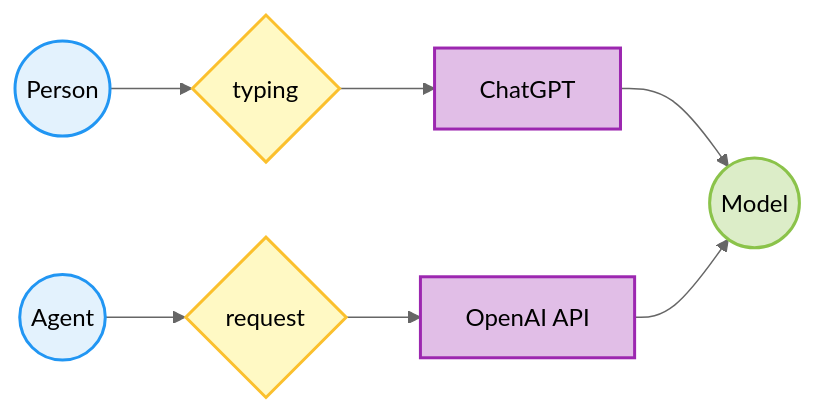
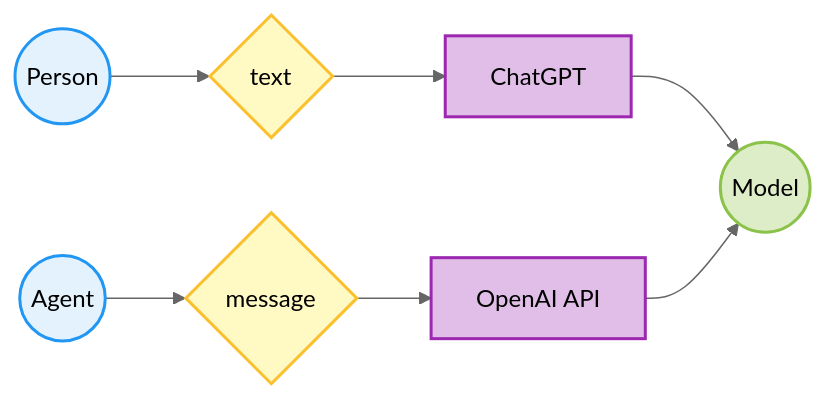
One commit to GPTmini/from-llm-to-agent changed the diagram in mermaid-scripts/api.mmd. Above: the diagram before and after it, drawn with Mermaid (neutral theme). The commit also changed 1 other file, not shown here.

```diff
--- a/mermaid-scripts/api.mmd
+++ b/mermaid-scripts/api.mmd
@@ -1,10 +1,10 @@
 flowchart LR
     classDef in fill:#E3F2FD,stroke:#2196F3,stroke-width:2px;
     classDef model fill:#FFF9C4,stroke:#FBC02D,stroke-width:2px;
     classDef data fill:#E1BEE7,stroke:#9C27B0,stroke-width:2px;
     classDef test fill:#F8BBD0,stroke:#E91E63,stroke-width:2px;
     classDef out fill:#DCEDC8,stroke:#8BC34A,stroke-width:2px;
     classDef skip stroke:#B0BEC5,stroke-width:2px,stroke-dasharray: 5 5;
 
-    P((Person)):::in --> T{typing}:::model --> C[ChatGPT]:::data --> M((Model)):::out
-    A((Agent)):::in --> R{request}:::model --> I[OpenAI API]:::data --> M
+    P((Person)):::in --> T{text}:::model --> C[ChatGPT]:::data --> M((Model)):::out
+    A((Agent)):::in --> R{message}:::model --> I[OpenAI API]:::data --> M
```
